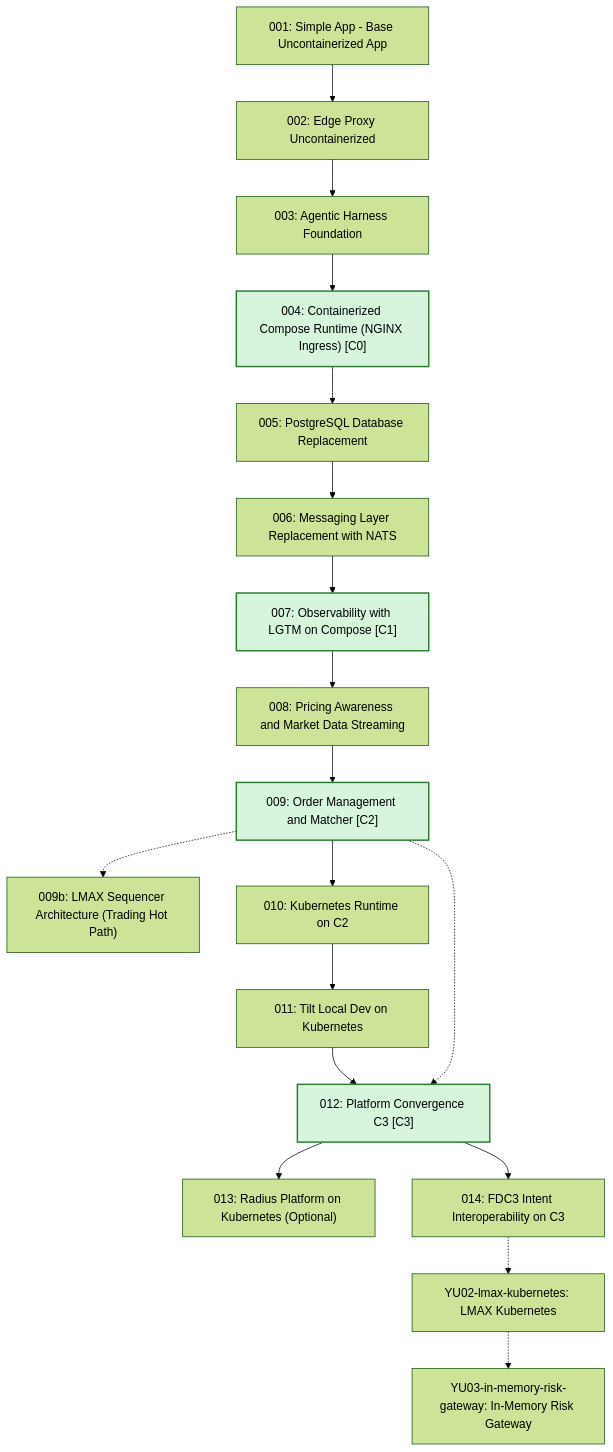
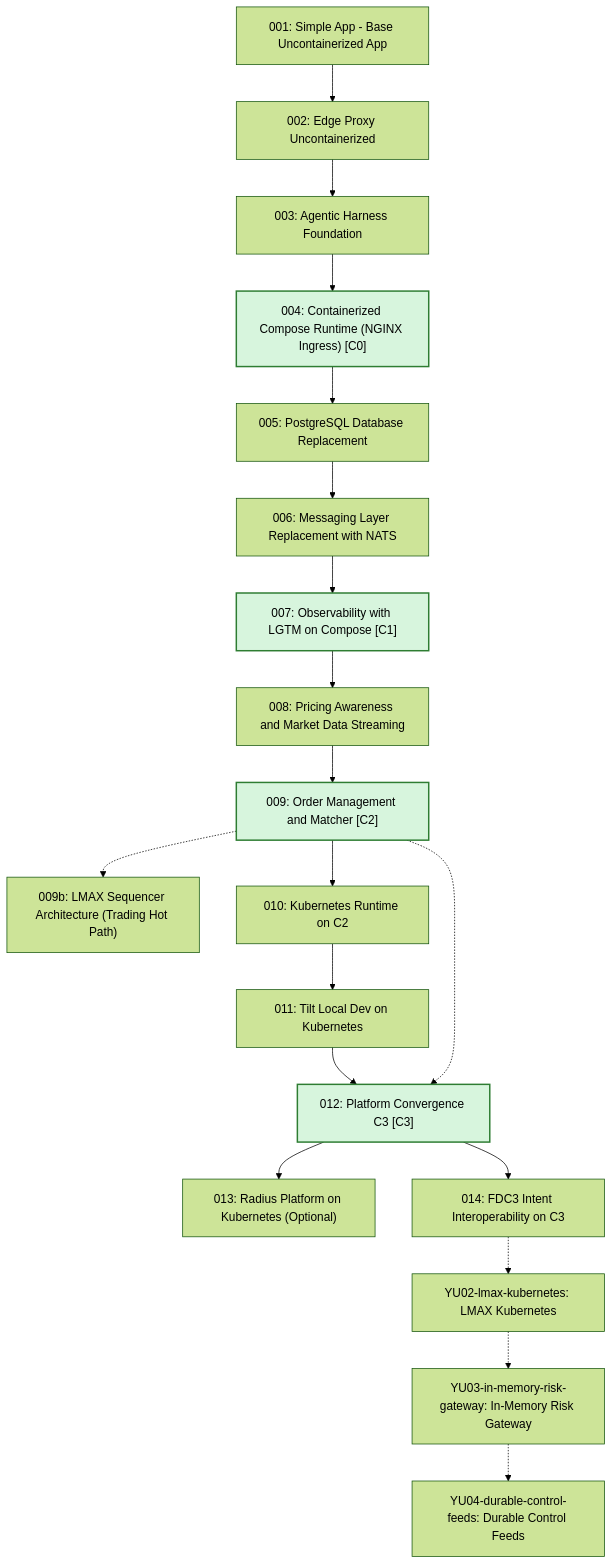
Before and after one commit to YU-CS-Summer-2026-Distributed-TraderX/traderX: the second of 3 diagrams in docs/learning-paths/index.md, drawn with Mermaid (forest theme). The commit also changed other lines of this file and 76 other files, not shown here.

First line of the commit message:
Add YU04-durable-control-feeds: durable outbox control feeds for the risk gateway

````diff
--- a/docs/learning-paths/index.md
+++ b/docs/learning-paths/index.md
@@ -36,59 +36,62 @@
 ```mermaid
 flowchart TB
   S001_baseline_uncontainerized_parity["001: Simple App - Base Uncontainerized App"]
   S002_edge_proxy_uncontainerized["002: Edge Proxy Uncontainerized"]
   S003_agentic_harness_foundation["003: Agentic Harness Foundation"]
   S004_containerized_compose_runtime["004: Containerized Compose Runtime (NGINX Ingress) [C0]"]
   S005_postgres_database_replacement["005: PostgreSQL Database Replacement"]
   S006_messaging_nats_replacement["006: Messaging Layer Replacement with NATS"]
   S007_observability_lgtm_compose["007: Observability with LGTM on Compose [C1]"]
   S008_pricing_awareness_market_data["008: Pricing Awareness and Market Data Streaming"]
   S009_order_management_matcher["009: Order Management and Matcher [C2]"]
   S009b_lmax_sequencer_architecture["009b: LMAX Sequencer Architecture (Trading Hot Path)"]
   S010_kubernetes_runtime["010: Kubernetes Runtime on C2"]
   S011_tilt_kubernetes_dev_loop["011: Tilt Local Dev on Kubernetes"]
   S012_platform_convergence_c3["012: Platform Convergence C3 [C3]"]
   S013_radius_kubernetes_platform["013: Radius Platform on Kubernetes (Optional)"]
   S014_fdc3_intent_interoperability["014: FDC3 Intent Interoperability on C3"]
   SYU02_lmax_kubernetes["YU02-lmax-kubernetes: LMAX Kubernetes"]
   SYU03_in_memory_risk_gateway["YU03-in-memory-risk-gateway: In-Memory Risk Gateway"]
+  SYU04_durable_control_feeds["YU04-durable-control-feeds: Durable Control Feeds"]
   S001_baseline_uncontainerized_parity --> S002_edge_proxy_uncontainerized
   S002_edge_proxy_uncontainerized --> S003_agentic_harness_foundation
   S003_agentic_harness_foundation --> S004_containerized_compose_runtime
   S004_containerized_compose_runtime --> S005_postgres_database_replacement
   S005_postgres_database_replacement --> S006_messaging_nats_replacement
   S006_messaging_nats_replacement --> S007_observability_lgtm_compose
   S007_observability_lgtm_compose --> S008_pricing_awareness_market_data
   S008_pricing_awareness_market_data --> S009_order_management_matcher
   S009_order_management_matcher -.-> S009b_lmax_sequencer_architecture
   S009_order_management_matcher --> S010_kubernetes_runtime
   S010_kubernetes_runtime --> S011_tilt_kubernetes_dev_loop
   S011_tilt_kubernetes_dev_loop --> S012_platform_convergence_c3
   S012_platform_convergence_c3 --> S013_radius_kubernetes_platform
   S012_platform_convergence_c3 --> S014_fdc3_intent_interoperability
   S014_fdc3_intent_interoperability -.-> SYU02_lmax_kubernetes
   SYU02_lmax_kubernetes -.-> SYU03_in_memory_risk_gateway
+  SYU03_in_memory_risk_gateway -.-> SYU04_durable_control_feeds
   S009_order_management_matcher -.-> S012_platform_convergence_c3
   click S001_baseline_uncontainerized_parity href "/specs/baseline-uncontainerized-parity" "Open State 001 Spec Pack"
   click S002_edge_proxy_uncontainerized href "/specs/edge-proxy-uncontainerized" "Open State 002 Spec Pack"
   click S003_agentic_harness_foundation href "/specs/agentic-harness-foundation" "Open State 003 Spec Pack"
   click S004_containerized_compose_runtime href "/specs/containerized-compose-runtime" "Open State 004 Spec Pack"
   click S005_postgres_database_replacement href "/specs/postgres-database-replacement" "Open State 005 Spec Pack"
   click S006_messaging_nats_replacement href "/specs/messaging-nats-replacement" "Open State 006 Spec Pack"
   click S007_observability_lgtm_compose href "/specs/observability-lgtm-compose" "Open State 007 Spec Pack"
   click S008_pricing_awareness_market_data href "/specs/pricing-awareness-market-data" "Open State 008 Spec Pack"
   click S009_order_management_matcher href "/specs/order-management-matcher" "Open State 009 Spec Pack"
   click S009b_lmax_sequencer_architecture href "/specs/lmax-sequencer-architecture" "Open State 009b Spec Pack"
   click S010_kubernetes_runtime href "/specs/kubernetes-runtime" "Open State 010 Spec Pack"
   click S011_tilt_kubernetes_dev_loop href "/specs/tilt-kubernetes-dev-loop" "Open State 011 Spec Pack"
   click S012_platform_convergence_c3 href "/specs/platform-convergence-c3" "Open State 012 Spec Pack"
   click S013_radius_kubernetes_platform href "/specs/radius-kubernetes-platform" "Open State 013 Spec Pack"
   click S014_fdc3_intent_interoperability href "/specs/fdc3-intent-interoperability" "Open State 014 Spec Pack"
   click SYU02_lmax_kubernetes href "/specs/YU02-lmax-kubernetes" "Open State YU02-lmax-kubernetes Spec Pack"
   click SYU03_in_memory_risk_gateway href "/specs/YU03-in-memory-risk-gateway" "Open State YU03-in-memory-risk-gateway Spec Pack"
+  click SYU04_durable_control_feeds href "/specs/YU04-durable-control-feeds" "Open State YU04-durable-control-feeds Spec Pack"
   classDef convergence fill:#d7f5dd,stroke:#2e7d32,stroke-width:2px
   class S004_containerized_compose_runtime convergence
   class S007_observability_lgtm_compose convergence
   class S009_order_management_matcher convergence
   class S012_platform_convergence_c3 convergence
 ```
````
